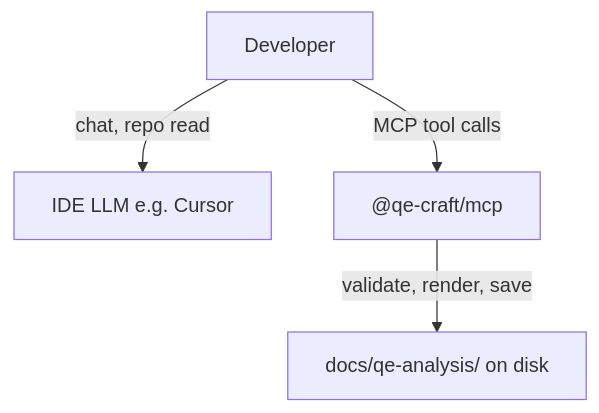
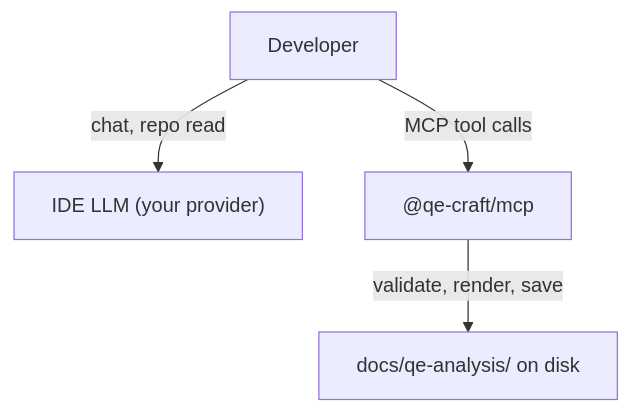
The diagram in docs/data-handling.md (arjunjh10/qe-craft), drawn with Mermaid before and after one commit. The commit also changed other lines of this file and 10 other files, not shown here.

````diff
--- a/docs/data-handling.md
+++ b/docs/data-handling.md
@@ -13,10 +13,10 @@
 ```mermaid
 flowchart TB
   Dev[Developer]
-  CursorLLM["IDE LLM e.g. Cursor"]
+  IDE_LLM["IDE LLM (your provider)"]
   MCP["@qe-craft/mcp"]
   Disk["docs/qe-analysis/ on disk"]
-  Dev -->|chat, repo read| CursorLLM
+  Dev -->|chat, repo read| IDE_LLM
   Dev -->|MCP tool calls| MCP
   MCP -->|validate, render, save| Disk
 ```
````
